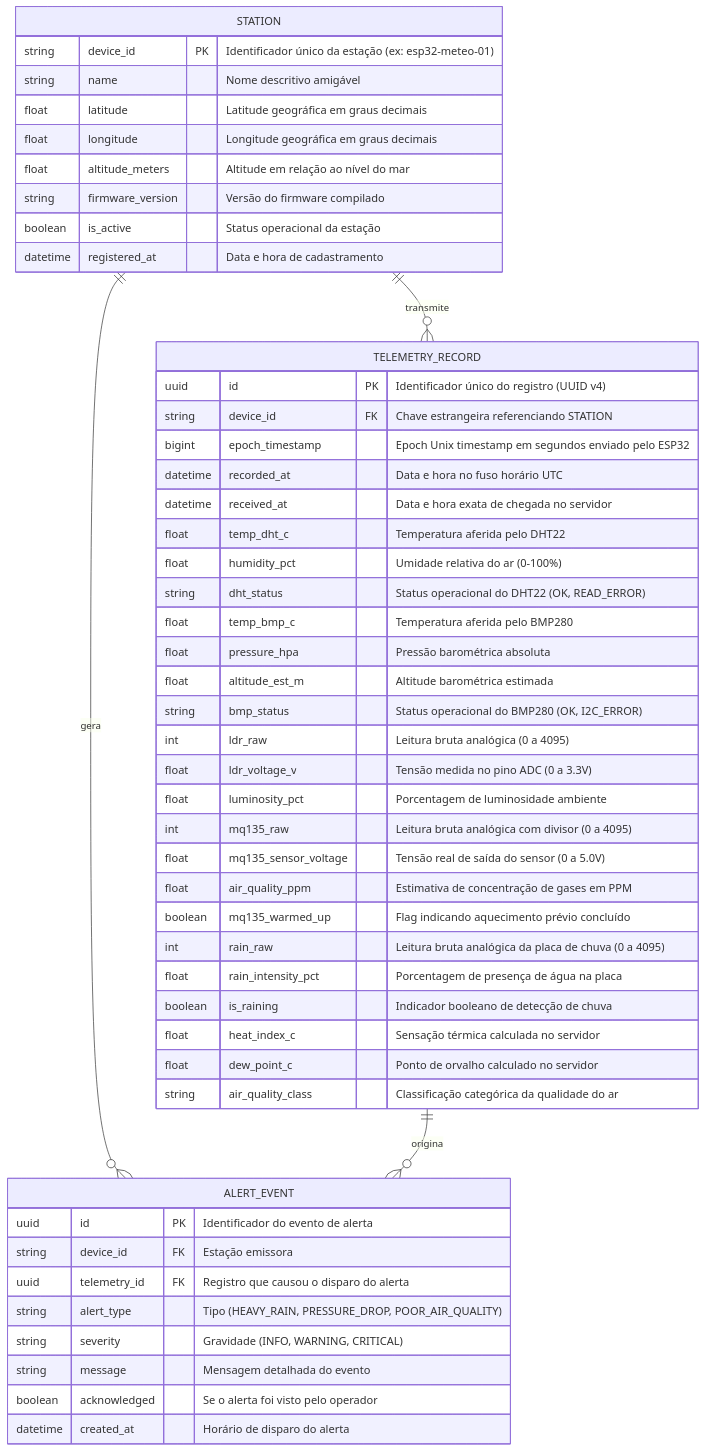
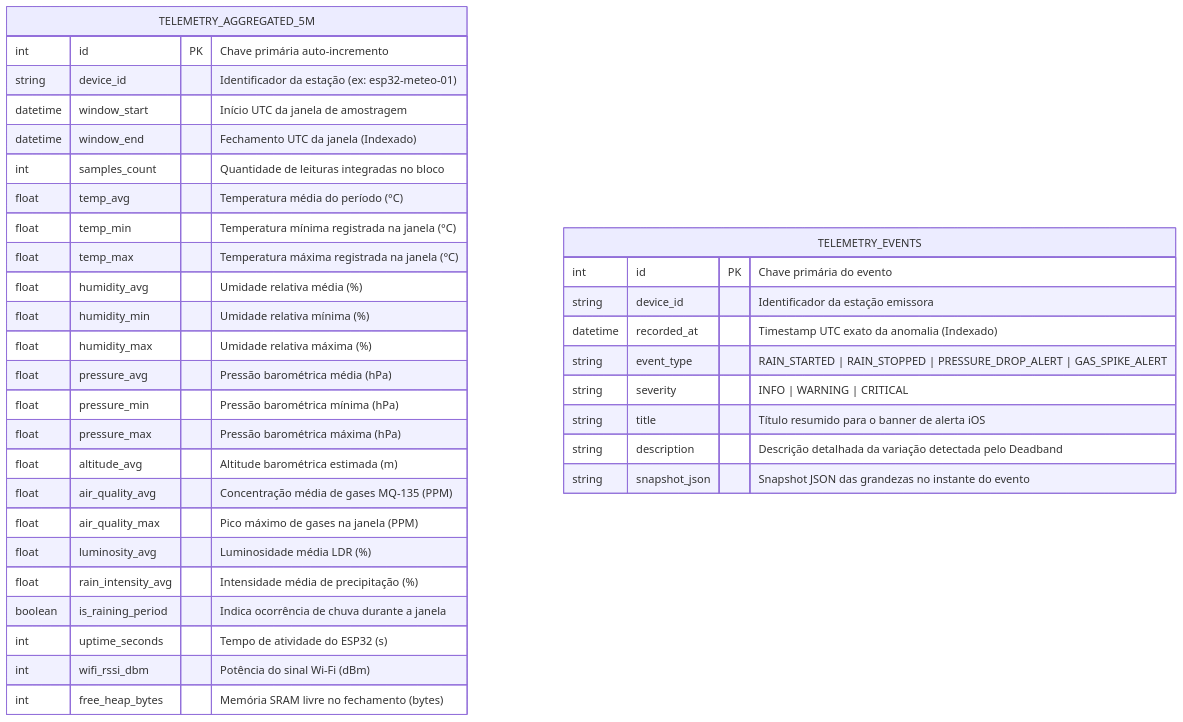
Before and after one commit to wallacevilela7/ecopulse: the diagram in docs/modelo_dados.md, drawn with Mermaid. The commit also changed other lines of this file and 29 other files, not shown here.

````diff
--- a/docs/modelo_dados.md
+++ b/docs/modelo_dados.md
@@ -9,62 +9,44 @@
 ```mermaid
 erDiagram
-    STATION ||--o{ TELEMETRY_RECORD : "transmite"
-    STATION ||--o{ ALERT_EVENT : "gera"
-    TELEMETRY_RECORD ||--o{ ALERT_EVENT : "origina"
-
-    STATION {
-        string device_id PK "Identificador único da estação (ex: esp32-meteo-01)"
-        string name "Nome descritivo amigável"
-        float latitude "Latitude geográfica em graus decimais"
-        float longitude "Longitude geográfica em graus decimais"
-        float altitude_meters "Altitude em relação ao nível do mar"
-        string firmware_version "Versão do firmware compilado"
-        boolean is_active "Status operacional da estação"
-        datetime registered_at "Data e hora de cadastramento"
+    TELEMETRY_AGGREGATED_5M {
+        int id PK "Chave primária auto-incremento"
+        string device_id "Identificador da estação (ex: esp32-meteo-01)"
+        datetime window_start "Início UTC da janela de amostragem"
+        datetime window_end "Fechamento UTC da janela (Indexado)"
+        int samples_count "Quantidade de leituras integradas no bloco"
+        
+        float temp_avg "Temperatura média do período (°C)"
+        float temp_min "Temperatura mínima registrada na janela (°C)"
+        float temp_max "Temperatura máxima registrada na janela (°C)"
+        
+        float humidity_avg "Umidade relativa média (%)"
+        float humidity_min "Umidade relativa mínima (%)"
+        float humidity_max "Umidade relativa máxima (%)"
+        
+        float pressure_avg "Pressão barométrica média (hPa)"
+        float pressure_min "Pressão barométrica mínima (hPa)"
+        float pressure_max "Pressão barométrica máxima (hPa)"
+        
+        float altitude_avg "Altitude barométrica estimada (m)"
+        float air_quality_avg "Concentração média de gases MQ-135 (PPM)"
+        float air_quality_max "Pico máximo de gases na janela (PPM)"
+        float luminosity_avg "Luminosidade média LDR (%)"
+        float rain_intensity_avg "Intensidade média de precipitação (%)"
+        boolean is_raining_period "Indica ocorrência de chuva durante a janela"
+        
+        int uptime_seconds "Tempo de atividade do ESP32 (s)"
+        int wifi_rssi_dbm "Potência do sinal Wi-Fi (dBm)"
+        int free_heap_bytes "Memória SRAM livre no fechamento (bytes)"
     }
 
-    TELEMETRY_RECORD {
-        uuid id PK "Identificador único do registro (UUID v4)"
-        string device_id FK "Chave estrangeira referenciando STATION"
-        bigint epoch_timestamp "Epoch Unix timestamp em segundos enviado pelo ESP32"
-        datetime recorded_at "Data e hora no fuso horário UTC"
-        datetime received_at "Data e hora exata de chegada no servidor"
-        
-        float temp_dht_c "Temperatura aferida pelo DHT22"
-        float humidity_pct "Umidade relativa do ar (0-100%)"
-        string dht_status "Status operacional do DHT22 (OK, READ_ERROR)"
-        
-        float temp_bmp_c "Temperatura aferida pelo BMP280"
-        float pressure_hpa "Pressão barométrica absoluta"
-        float altitude_est_m "Altitude barométrica estimada"
-        string bmp_status "Status operacional do BMP280 (OK, I2C_ERROR)"
-        
-        int ldr_raw "Leitura bruta analógica (0 a 4095)"
-        float ldr_voltage_v "Tensão medida no pino ADC (0 a 3.3V)"
-        float luminosity_pct "Porcentagem de luminosidade ambiente"
-        
-        int mq135_raw "Leitura bruta analógica com divisor (0 a 4095)"
-        float mq135_sensor_voltage "Tensão real de saída do sensor (0 a 5.0V)"
-        float air_quality_ppm "Estimativa de concentração de gases em PPM"
-        boolean mq135_warmed_up "Flag indicando aquecimento prévio concluído"
-        
-        int rain_raw "Leitura bruta analógica da placa de chuva (0 a 4095)"
-        float rain_intensity_pct "Porcentagem de presença de água na placa"
-        boolean is_raining "Indicador booleano de detecção de chuva"
-        
-        float heat_index_c "Sensação térmica calculada no servidor"
-        float dew_point_c "Ponto de orvalho calculado no servidor"
-        string air_quality_class "Classificação categórica da qualidade do ar"
-    }
-
-    ALERT_EVENT {
-        uuid id PK "Identificador do evento de alerta"
-        string device_id FK "Estação emissora"
-        uuid telemetry_id FK "Registro que causou o disparo do alerta"
-        string alert_type "Tipo (HEAVY_RAIN, PRESSURE_DROP, POOR_AIR_QUALITY)"
-        string severity "Gravidade (INFO, WARNING, CRITICAL)"
-        string message "Mensagem detalhada do evento"
-        boolean acknowledged "Se o alerta foi visto pelo operador"
-        datetime created_at "Horário de disparo do alerta"
+    TELEMETRY_EVENTS {
+        int id PK "Chave primária do evento"
+        string device_id "Identificador da estação emissora"
+        datetime recorded_at "Timestamp UTC exato da anomalia (Indexado)"
+        string event_type "RAIN_STARTED | RAIN_STOPPED | PRESSURE_DROP_ALERT | GAS_SPIKE_ALERT"
+        string severity "INFO | WARNING | CRITICAL"
+        string title "Título resumido para o banner de alerta iOS"
+        string description "Descrição detalhada da variação detectada pelo Deadband"
+        string snapshot_json "Snapshot JSON das grandezas no instante do evento"
     }
 ```
````
